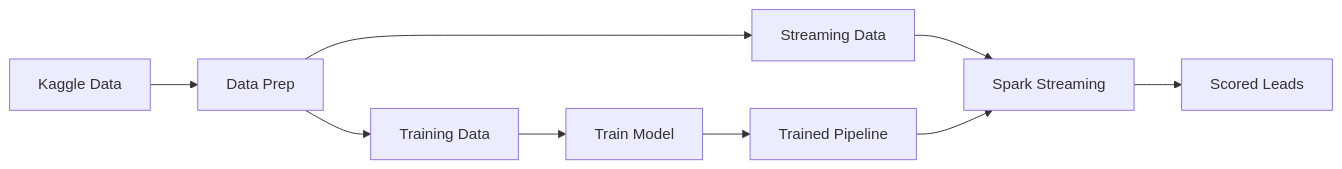
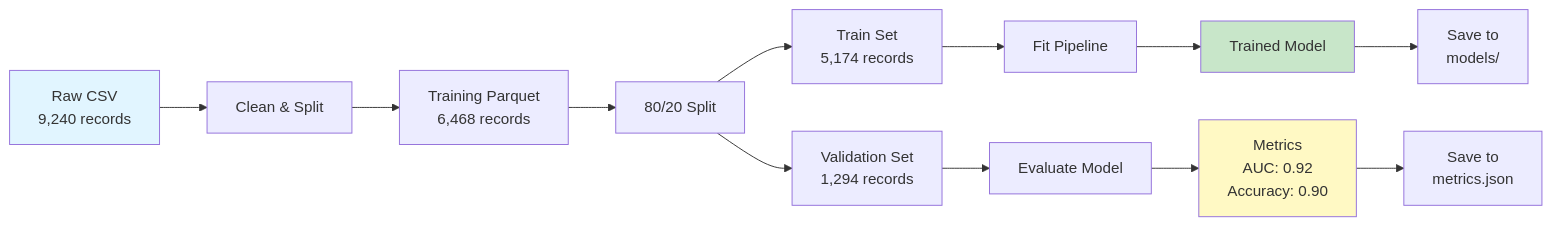
Before and after one commit to smiley-maker/realtime-lead-scoring: the fourth of 6 diagrams in docs/architecture.md, drawn with Mermaid. The commit also changed other lines of this file, not shown here.

Commit message:
Updated architecture diagram

````diff
--- a/docs/architecture.md
+++ b/docs/architecture.md
@@ -11,11 +187,22 @@
 ```mermaid
 flowchart LR
-    A[Kaggle Data] --> B[Data Prep]
-    B --> C[Training Data]
-    B --> D[Streaming Data]
-    C --> E[Train Model]
-    E --> F[Trained Pipeline]
-    D --> G[Spark Streaming]
-    F --> G
-    G --> H[Scored Leads]
+    A[Raw CSV<br/>9,240 records] --> B[Clean & Split]
+    B --> C[Training Parquet<br/>6,468 records]
+    C --> D[80/20 Split]
+    
+    D --> E[Train Set<br/>5,174 records]
+    D --> F[Validation Set<br/>1,294 records]
+    
+    E --> G[Fit Pipeline]
+    G --> H[Trained Model]
+    
+    F --> I[Evaluate Model]
+    I --> J[Metrics<br/>AUC: 0.92<br/>Accuracy: 0.90]
+    
+    H --> K[Save to<br/>models/]
+    J --> L[Save to<br/>metrics.json]
+    
+    style A fill:#e1f5ff
+    style H fill:#c8e6c9
+    style J fill:#fff9c4
 ```
````
